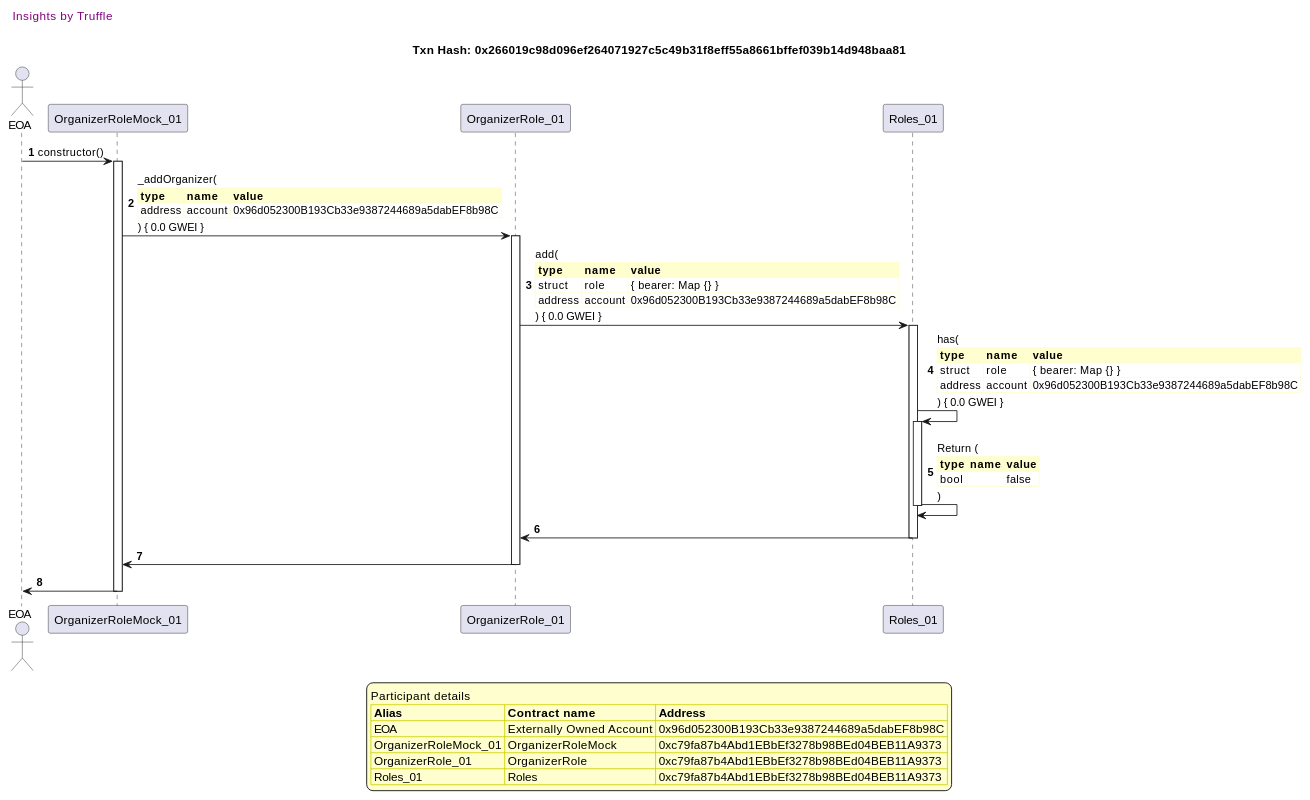
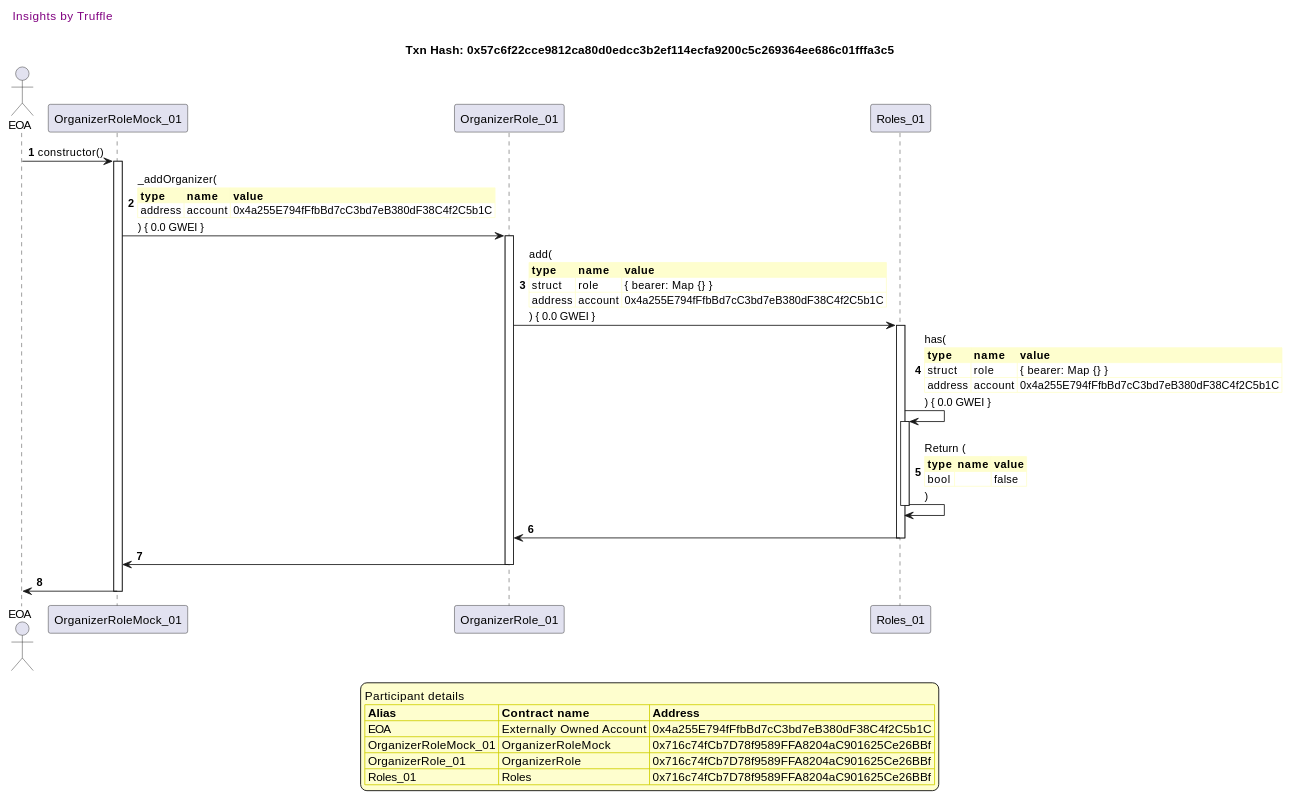
The third of 41 diagrams in truffle-seq/roles_organizerrole.md (fodisi/hackapay), drawn with PlantUML before and after one commit. The commit also changed other lines of this file and 10 other files, not shown here.

````diff
--- a/truffle-seq/roles_organizerrole.md
+++ b/truffle-seq/roles_organizerrole.md
@@ -172,61 +172,61 @@
 ```plantuml
 
 
 @startuml
 
 autonumber
 skinparam legendBackgroundColor #FEFECE
 
 <style>
       header {
         HorizontalAlignment left
         FontColor purple
         FontSize 14
         Padding 10
       }
     </style>
 
 header Insights by Truffle
 
-title Txn Hash: 0x266019c98d096ef264071927c5c49b31f8eff55a8661bffef039b14d948baa81
+title Txn Hash: 0x57c6f22cce9812ca80d0edcc3b2ef114ecfa9200c5c269364ee686c01fffa3c5
 
 
 actor EOA as "EOA"
 participant OrganizerRoleMock_01 as "OrganizerRoleMock_01"
 participant OrganizerRole_01 as "OrganizerRole_01"
 participant Roles_01 as "Roles_01"
 
 "EOA" -> "OrganizerRoleMock_01" ++: constructor()
 "OrganizerRoleMock_01" -> "OrganizerRole_01" ++: _addOrganizer(\n\
 <#FEFECE,#FEFECE>|= type |= name |= value |\n\
-| address | account | 0x96d052300B193Cb33e9387244689a5dabEF8b98C |\n\
+| address | account | 0x4a255E794fFfbBd7cC3bd7eB380dF38C4f2C5b1C |\n\
 ) { 0.0 GWEI }
 "OrganizerRole_01" -> "Roles_01" ++: add(\n\
 <#FEFECE,#FEFECE>|= type |= name |= value |\n\
 | struct | role | { bearer: Map {} } |\n\
-| address | account | 0x96d052300B193Cb33e9387244689a5dabEF8b98C |\n\
+| address | account | 0x4a255E794fFfbBd7cC3bd7eB380dF38C4f2C5b1C |\n\
 ) { 0.0 GWEI }
 "Roles_01" -> "Roles_01" ++: has(\n\
 <#FEFECE,#FEFECE>|= type |= name |= value |\n\
 | struct | role | { bearer: Map {} } |\n\
-| address | account | 0x96d052300B193Cb33e9387244689a5dabEF8b98C |\n\
+| address | account | 0x4a255E794fFfbBd7cC3bd7eB380dF38C4f2C5b1C |\n\
 ) { 0.0 GWEI }
 "Roles_01" -> "Roles_01" --: Return (\n\
 <#FEFECE,#FEFECE>|= type |= name |= value |\n\
 | bool |  | false |\n\
 )
 "Roles_01" -> "OrganizerRole_01" --: 
 "OrganizerRole_01" -> "OrganizerRoleMock_01" --: 
 "OrganizerRoleMock_01" -> "EOA" --: 
 
 legend
 Participant details
 <#FEFECE,#D0D000>|= Alias |= Contract name |= Address |
-<#FEFECE>| EOA | Externally Owned Account | 0x96d052300B193Cb33e9387244689a5dabEF8b98C |
-<#FEFECE>| OrganizerRoleMock_01 | OrganizerRoleMock | 0xc79fa87b4Abd1EBbEf3278b98BEd04BEB11A9373 |
-<#FEFECE>| OrganizerRole_01 | OrganizerRole | 0xc79fa87b4Abd1EBbEf3278b98BEd04BEB11A9373 |
-<#FEFECE>| Roles_01 | Roles | 0xc79fa87b4Abd1EBbEf3278b98BEd04BEB11A9373 |
+<#FEFECE>| EOA | Externally Owned Account | 0x4a255E794fFfbBd7cC3bd7eB380dF38C4f2C5b1C |
+<#FEFECE>| OrganizerRoleMock_01 | OrganizerRoleMock | 0x716c74fCb7D78f9589FFA8204aC901625Ce26BBf |
+<#FEFECE>| OrganizerRole_01 | OrganizerRole | 0x716c74fCb7D78f9589FFA8204aC901625Ce26BBf |
+<#FEFECE>| Roles_01 | Roles | 0x716c74fCb7D78f9589FFA8204aC901625Ce26BBf |
 endlegend
 
 @enduml
 ```
````
